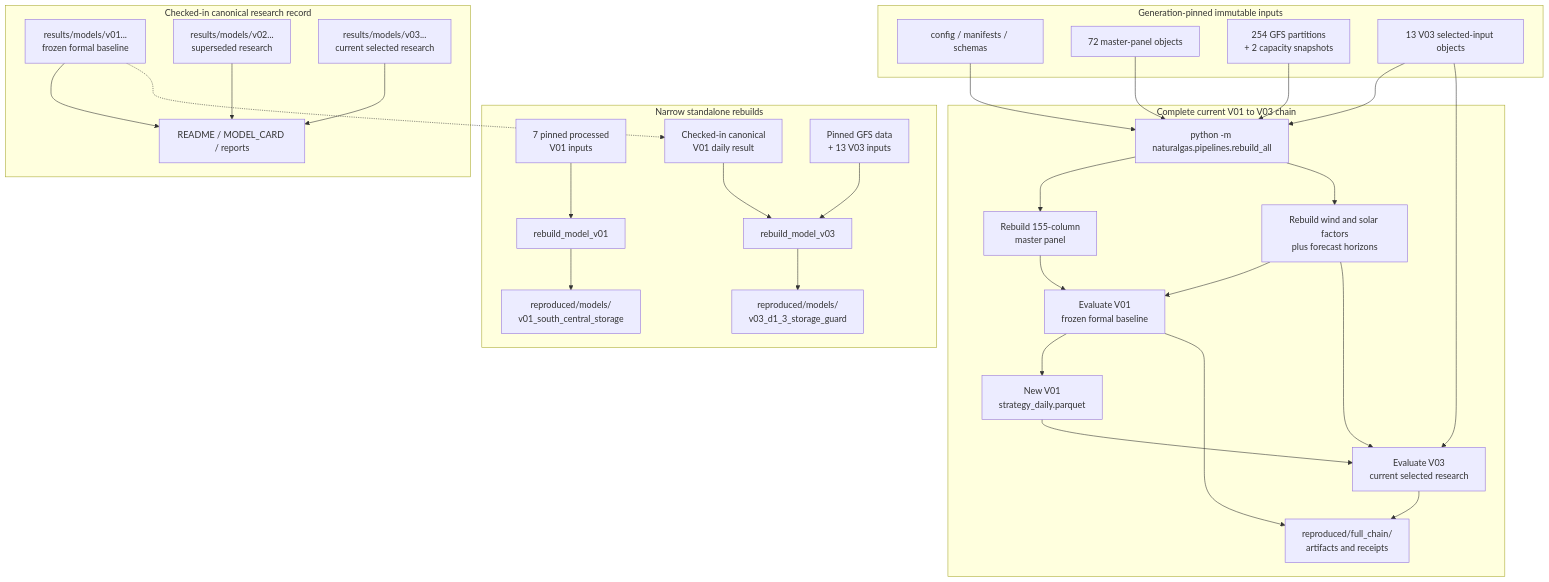
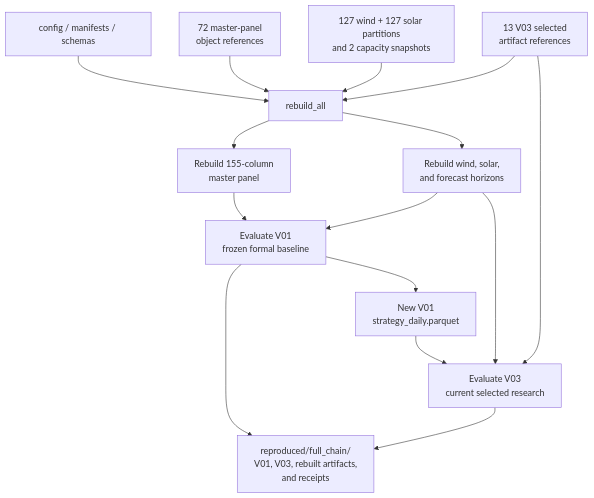
The first of 3 diagrams in README.md (Shuhan-yang-math/henry-hub-natural-gas), drawn with Mermaid before and after one commit. The commit also changed other lines of this file, not shown here.

Commit message:
docs: split rebuild flow into three diagrams

````diff
--- a/README.md
+++ b/README.md
@@ -209,63 +212,21 @@
 ```mermaid
 flowchart TB
-    subgraph INPUTS["Generation-pinned immutable inputs"]
-        CONTRACTS["config / manifests / schemas"]
-        PANEL_INPUTS["72 master-panel objects"]
-        WEATHER_INPUTS["254 GFS partitions<br/>+ 2 capacity snapshots"]
-        V03_INPUTS["13 V03 selected-input objects"]
-    end
+    CONFIG["config / manifests / schemas"] --> ALL["rebuild_all"]
+    PANEL_INPUTS["72 master-panel<br/>object references"] --> ALL
+    WEATHER_INPUTS["127 wind + 127 solar partitions<br/>and 2 capacity snapshots"] --> ALL
+    SELECTED_INPUTS["13 V03 selected<br/>artifact references"] --> ALL
 
-    subgraph FULL["Complete current V01 to V03 chain"]
-        ALL["python -m naturalgas.pipelines.rebuild_all"]
-        PANEL["Rebuild 155-column<br/>master panel"]
-        WEATHER["Rebuild wind and solar factors<br/>plus forecast horizons"]
-        V01["Evaluate V01<br/>frozen formal baseline"]
-        V01_DAILY["New V01<br/>strategy_daily.parquet"]
-        V03["Evaluate V03<br/>current selected research"]
-        FULL_OUT["reproduced/full_chain/<br/>artifacts and receipts"]
+    ALL --> PANEL["Rebuild 155-column<br/>master panel"]
+    ALL --> WEATHER["Rebuild wind, solar,<br/>and forecast horizons"]
 
-        ALL --> PANEL
-        ALL --> WEATHER
-        PANEL --> V01
-        WEATHER --> V01
-        V01 --> V01_DAILY
-        V01_DAILY --> V03
-        WEATHER --> V03
-        V03 --> FULL_OUT
-        V01 --> FULL_OUT
-    end
+    PANEL --> V01["Evaluate V01<br/>frozen formal baseline"]
+    WEATHER --> V01
+    V01 --> V01_DAILY["New V01<br/>strategy_daily.parquet"]
 
-    CONTRACTS --> ALL
-    PANEL_INPUTS --> ALL
-    WEATHER_INPUTS --> ALL
-    V03_INPUTS --> ALL
-    V03_INPUTS --> V03
+    V01_DAILY --> V03["Evaluate V03<br/>current selected research"]
+    WEATHER --> V03
+    SELECTED_INPUTS --> V03
 
-    subgraph STANDALONE["Narrow standalone rebuilds"]
-        V01_INPUTS["7 pinned processed<br/>V01 inputs"]
-        RV01["rebuild_model_v01"]
-        OV01["reproduced/models/<br/>v01_south_central_storage"]
-
-        CANONICAL_V01["Checked-in canonical<br/>V01 daily result"]
-        RV03_INPUTS["Pinned GFS data<br/>+ 13 V03 inputs"]
-        RV03["rebuild_model_v03"]
-        OV03["reproduced/models/<br/>v03_d1_3_storage_guard"]
-
-        V01_INPUTS --> RV01 --> OV01
-        CANONICAL_V01 --> RV03
-        RV03_INPUTS --> RV03 --> OV03
-    end
-
-    subgraph RECORD["Checked-in canonical research record"]
-        C1["results/models/v01...<br/>frozen formal baseline"]
-        C2["results/models/v02...<br/>superseded research"]
-        C3["results/models/v03...<br/>current selected research"]
-        DOCS["README / MODEL_CARD / reports"]
-
-        C1 --> DOCS
-        C2 --> DOCS
-        C3 --> DOCS
-    end
-
-    C1 -.-> CANONICAL_V01
+    V01 --> OUTPUT["reproduced/full_chain/<br/>V01, V03, rebuilt artifacts,<br/>and receipts"]
+    V03 --> OUTPUT
 ```
````
